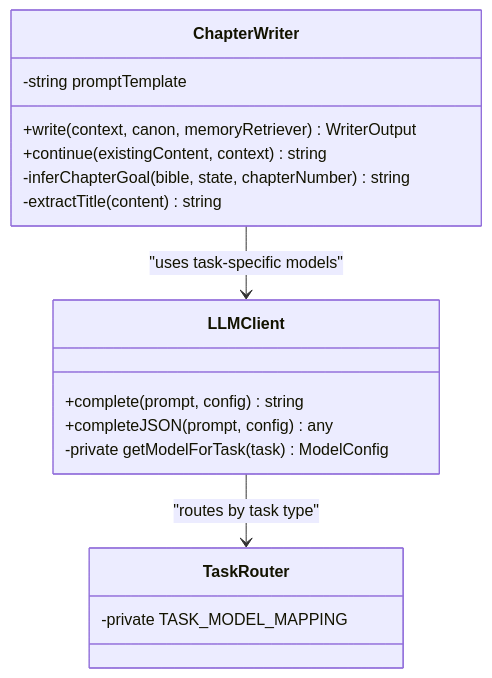
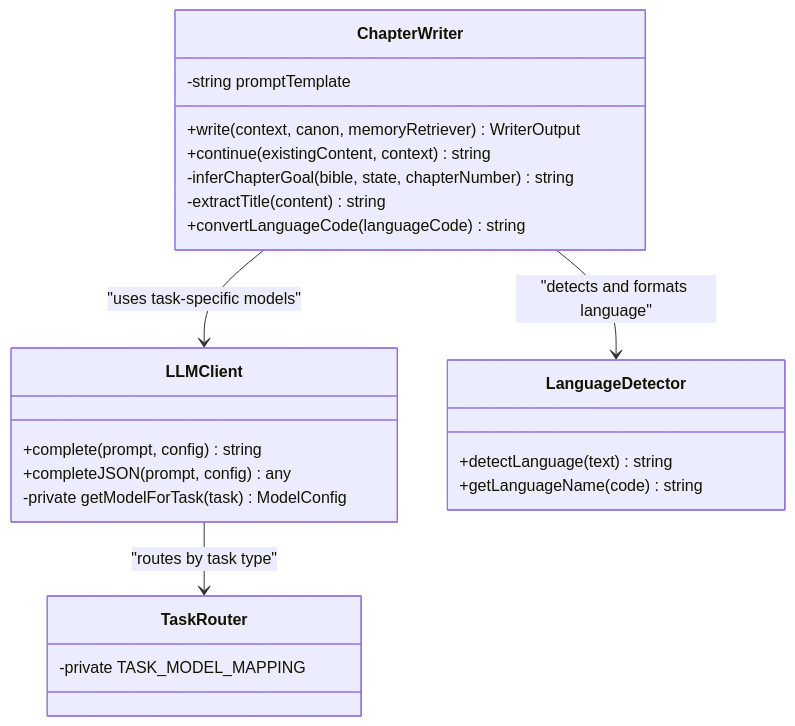
Before and after one commit to liwonder/NARRITIVE_OS: the third of 10 diagrams in .qoder/repowiki/en/content/AI Agent System/Writer Agent.md, drawn with Mermaid. The commit also changed other lines of this file and 10 other files, not shown here.

````diff
--- a/.qoder/repowiki/en/content/AI Agent System/Writer Agent.md
+++ b/.qoder/repowiki/en/content/AI Agent System/Writer Agent.md
@@ -197,20 +218,26 @@
 ```mermaid
 classDiagram
 class ChapterWriter {
 -string promptTemplate
 +write(context, canon, memoryRetriever) WriterOutput
 +continue(existingContent, context) string
 -inferChapterGoal(bible, state, chapterNumber) string
 -extractTitle(content) string
++convertLanguageCode(languageCode) string
 }
 class LLMClient {
 +complete(prompt, config) string
 +completeJSON(prompt, config) any
 -private getModelForTask(task) ModelConfig
 }
 class TaskRouter {
 -private TASK_MODEL_MAPPING
 }
+class LanguageDetector {
++detectLanguage(text) string
++getLanguageName(code) string
+}
 ChapterWriter --> LLMClient : "uses task-specific models"
+ChapterWriter --> LanguageDetector : "detects and formats language"
 LLMClient --> TaskRouter : "routes by task type"
 ```
````
